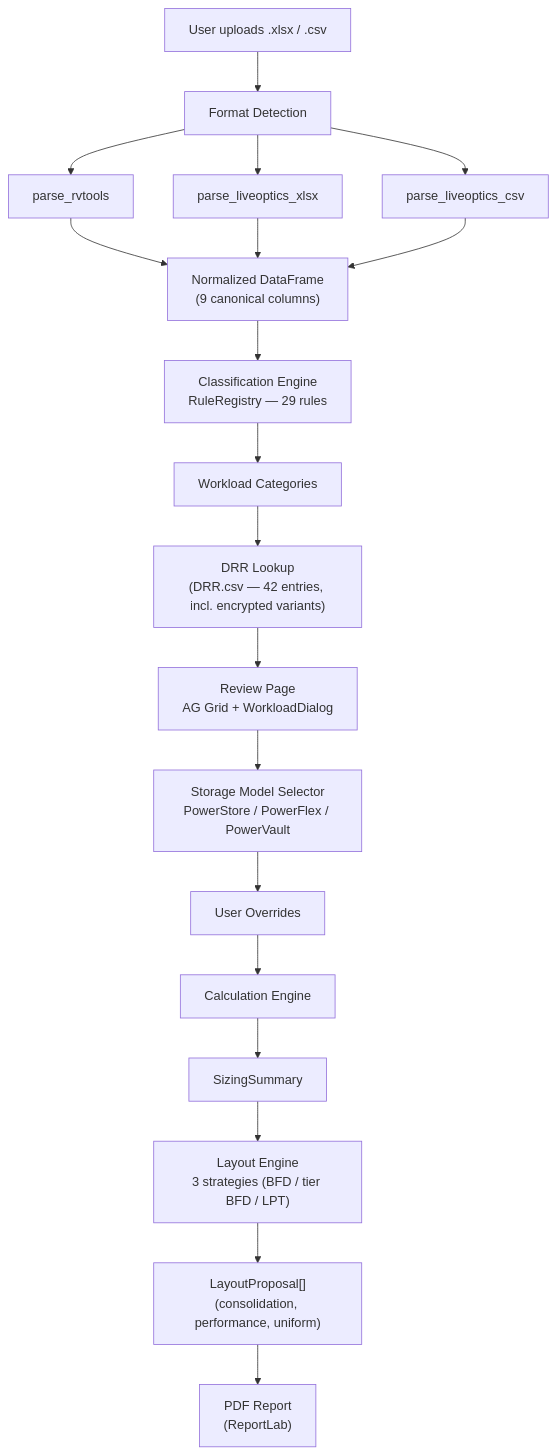
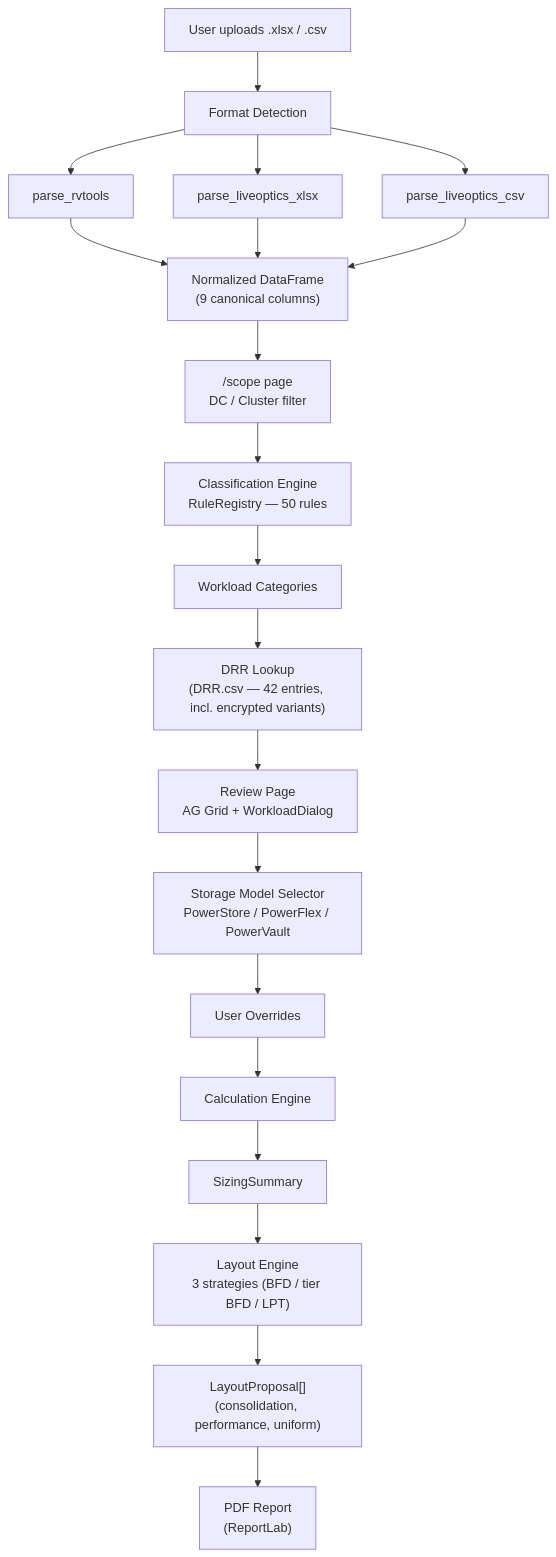
Before and after one commit to fjacquet/store-predict: the first of 3 diagrams in docs/architecture.md, drawn with Mermaid. The commit also changed other lines of this file and 4 other files, not shown here.

First line of the commit message:
docs(v6.0): update ADRs, PRD, and architecture for v6.0

````diff
--- a/docs/architecture.md
+++ b/docs/architecture.md
@@ -17,27 +18,28 @@
 ```mermaid
 flowchart TD
     Upload["User uploads .xlsx / .csv"] --> Detect["Format Detection"]
 
     Detect --> RV["parse_rvtools"]
     Detect --> LOX["parse_liveoptics_xlsx"]
     Detect --> LOC["parse_liveoptics_csv"]
 
     RV --> Norm["Normalized DataFrame<br/>(9 canonical columns)"]
     LOX --> Norm
     LOC --> Norm
 
-    Norm --> Class["Classification Engine<br/>RuleRegistry — 29 rules"]
+    Norm --> Scope["/scope page<br/>DC / Cluster filter"]
+    Scope --> Class["Classification Engine<br/>RuleRegistry — 50 rules"]
     Class --> Categories["Workload Categories"]
 
     Categories --> DRR["DRR Lookup<br/>(DRR.csv — 42 entries, incl. encrypted variants)"]
     DRR --> Review["Review Page<br/>AG Grid + WorkloadDialog"]
     Review --> Model["Storage Model Selector<br/>PowerStore / PowerFlex / PowerVault"]
     Model --> Overrides["User Overrides"]
 
     Overrides --> Calc["Calculation Engine"]
     Calc --> Summary["SizingSummary"]
 
     Summary --> Layout["Layout Engine<br/>3 strategies (BFD / tier BFD / LPT)"]
     Layout --> Proposals["LayoutProposal[]<br/>(consolidation, performance, uniform)"]
     Proposals --> PDF["PDF Report<br/>(ReportLab)"]
 ```
````
